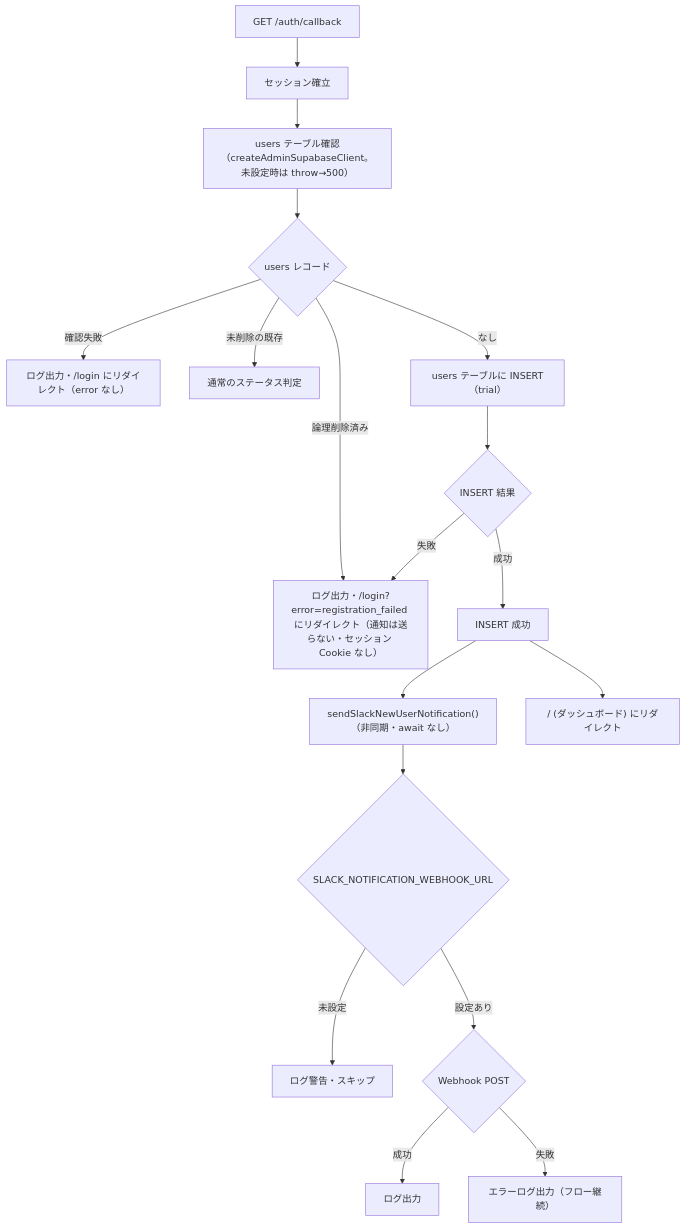
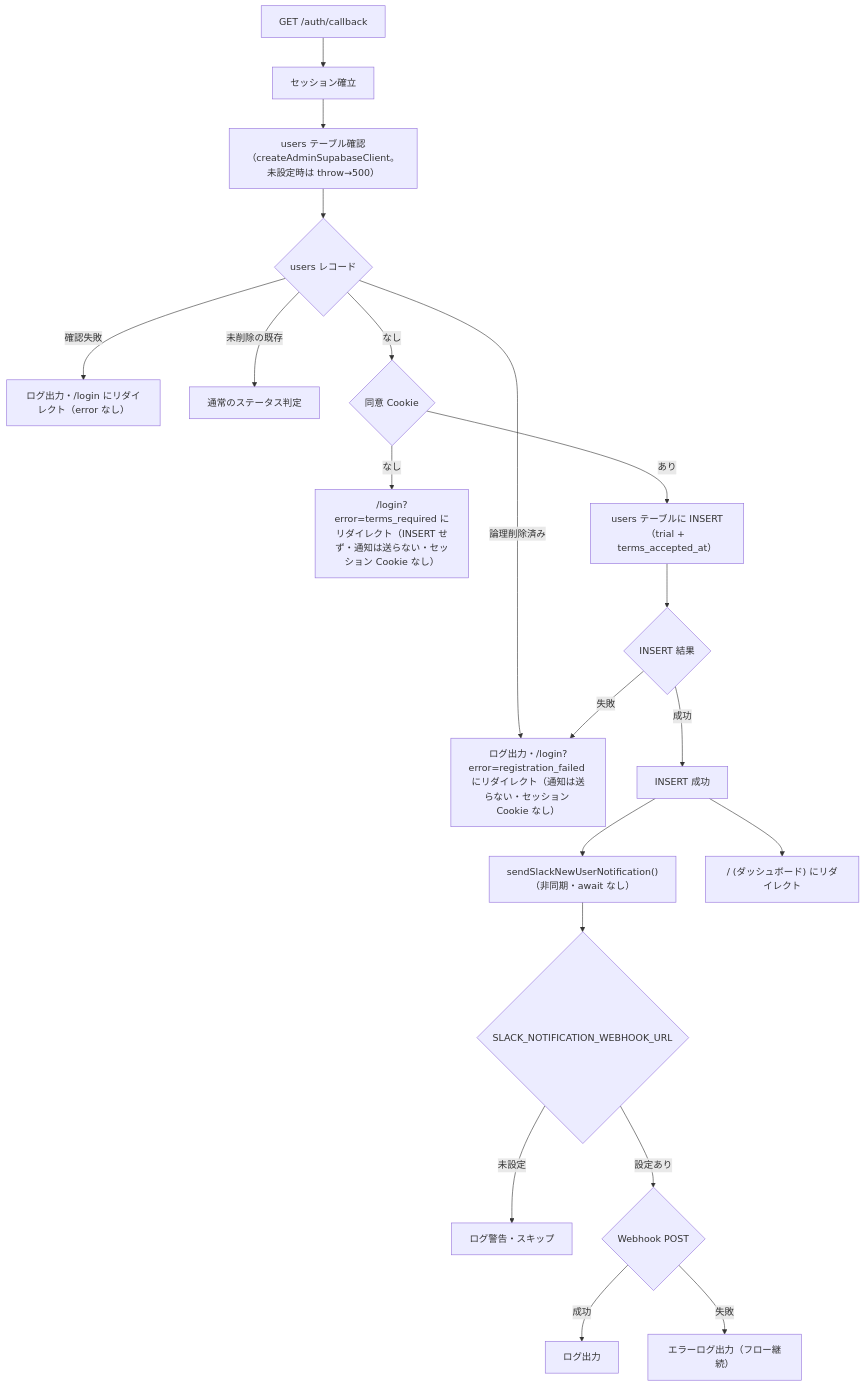
One commit to Singuralitylabs/sinlab-study changed the sixth of 7 diagrams in docs/specification.md. Above: the diagram before and after it, drawn with Mermaid. The commit also changed other lines of this file and 10 other files, not shown here.

````diff
--- a/docs/specification.md
+++ b/docs/specification.md
@@ -1008,20 +1012,22 @@
 ```mermaid
 flowchart TD
     A["GET /auth/callback"] --> B["セッション確立"]
     B --> B2["users テーブル確認<br/>（createAdminSupabaseClient。未設定時は throw→500）"]
     B2 --> C{users レコード}
     C -->|確認失敗| L["ログ出力・/login にリダイレクト（error なし）"]
     C -->|未削除の既存| Z[通常のステータス判定]
     C -->|論理削除済み| Q["ログ出力・/login?error=registration_failed にリダイレクト（通知は送らない・セッション Cookie なし）"]
-    C -->|なし| D["users テーブルに INSERT（trial）"]
+    C -->|なし| T{同意 Cookie}
+    T -->|なし| W["/login?error=terms_required にリダイレクト（INSERT せず・通知は送らない・セッション Cookie なし）"]
+    T -->|あり| D["users テーブルに INSERT（trial + terms_accepted_at）"]
     D --> E{INSERT 結果}
     E -->|成功| S[INSERT 成功]
     S --> F["sendSlackNewUserNotification()<br/>（非同期・await なし）"]
     S --> P["/ (ダッシュボード) にリダイレクト"]
     F --> G1{SLACK_NOTIFICATION_WEBHOOK_URL}
     G1 -->|未設定| H1[ログ警告・スキップ]
     G1 -->|設定あり| H2{Webhook POST}
     H2 -->|成功| I1[ログ出力]
     H2 -->|失敗| I2["エラーログ出力（フロー継続）"]
     E -->|失敗| Q
 ```
````
